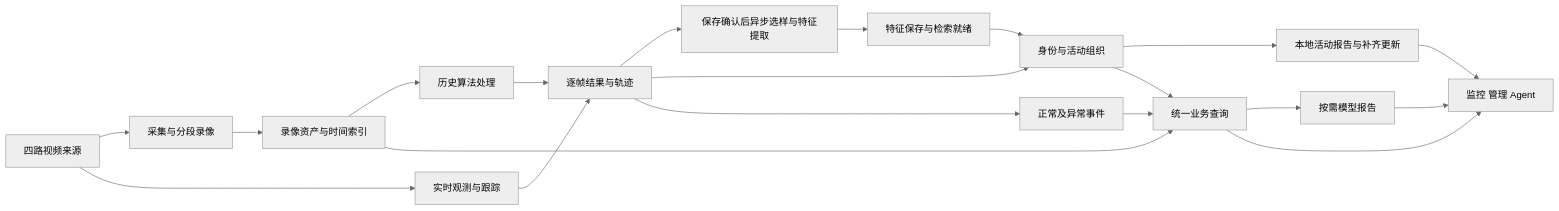
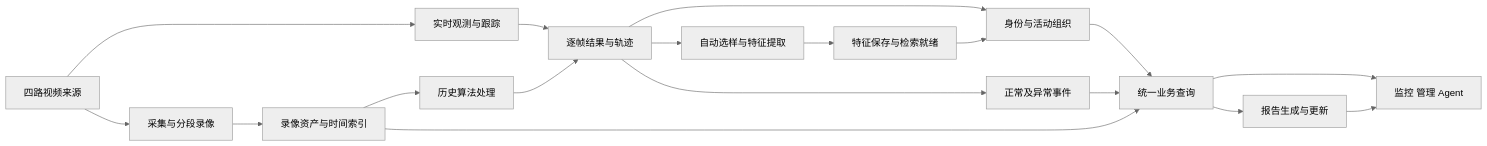
One commit to YwAcle/hxjm-monitor changed the diagram in docs/软件需求规格说明书.md. Above: the diagram before and after it, drawn with Mermaid (neutral theme). The commit also changed other lines of this file and 1156 other files, not shown here.

````diff
--- a/docs/软件需求规格说明书.md
+++ b/docs/软件需求规格说明书.md
@@ -85,22 +85,20 @@
 ```mermaid
 flowchart LR
   S[四路视频来源] --> M[采集与分段录像]
   M --> A[录像资产与时间索引]
   S --> O[实时观测与跟踪]
   A --> H[历史算法处理]
   O --> R[逐帧结果与轨迹]
   H --> R
-  R --> P[保存确认后异步选样与特征提取]
+  R --> P[自动选样与特征提取]
   P --> F[特征保存与检索就绪]
   R --> I[身份与活动组织]
   F --> I
   R --> E[正常及异常事件]
-  I --> G[本地活动报告与补齐更新]
   I --> Q[统一业务查询]
   E --> Q
   A --> Q
-  Q --> X[按需模型报告]
-  X --> U
+  Q --> G[报告生成与更新]
   Q --> U[监控 管理 Agent]
   G --> U
 ```
````
